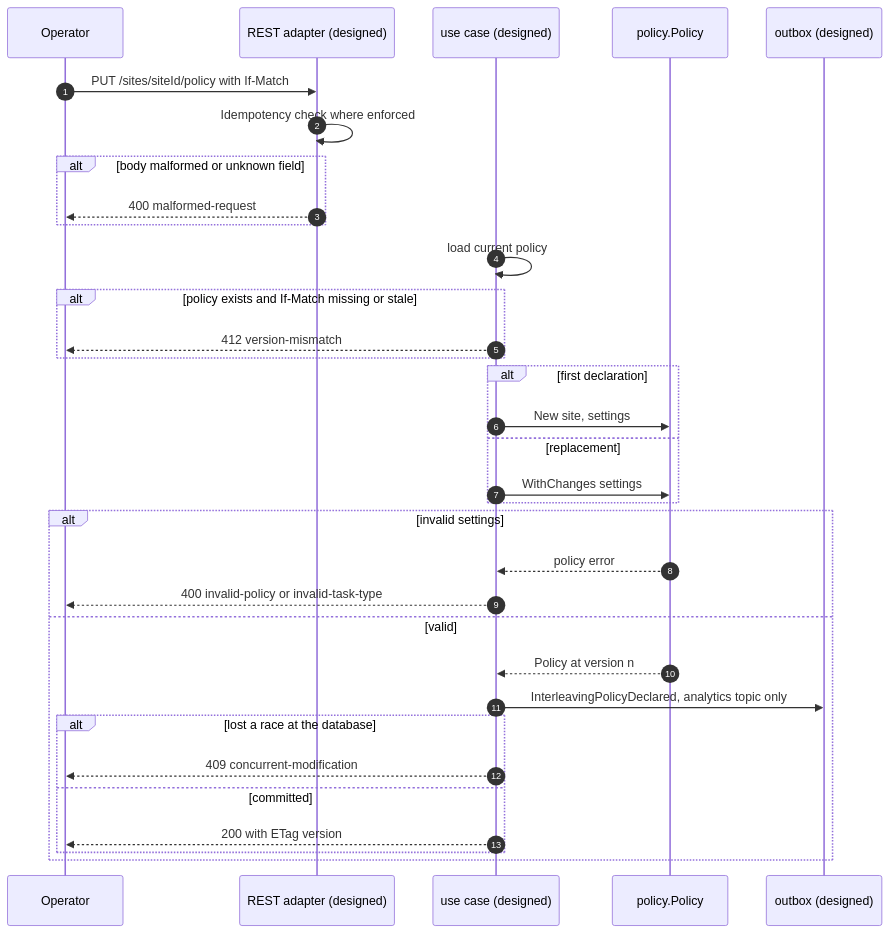
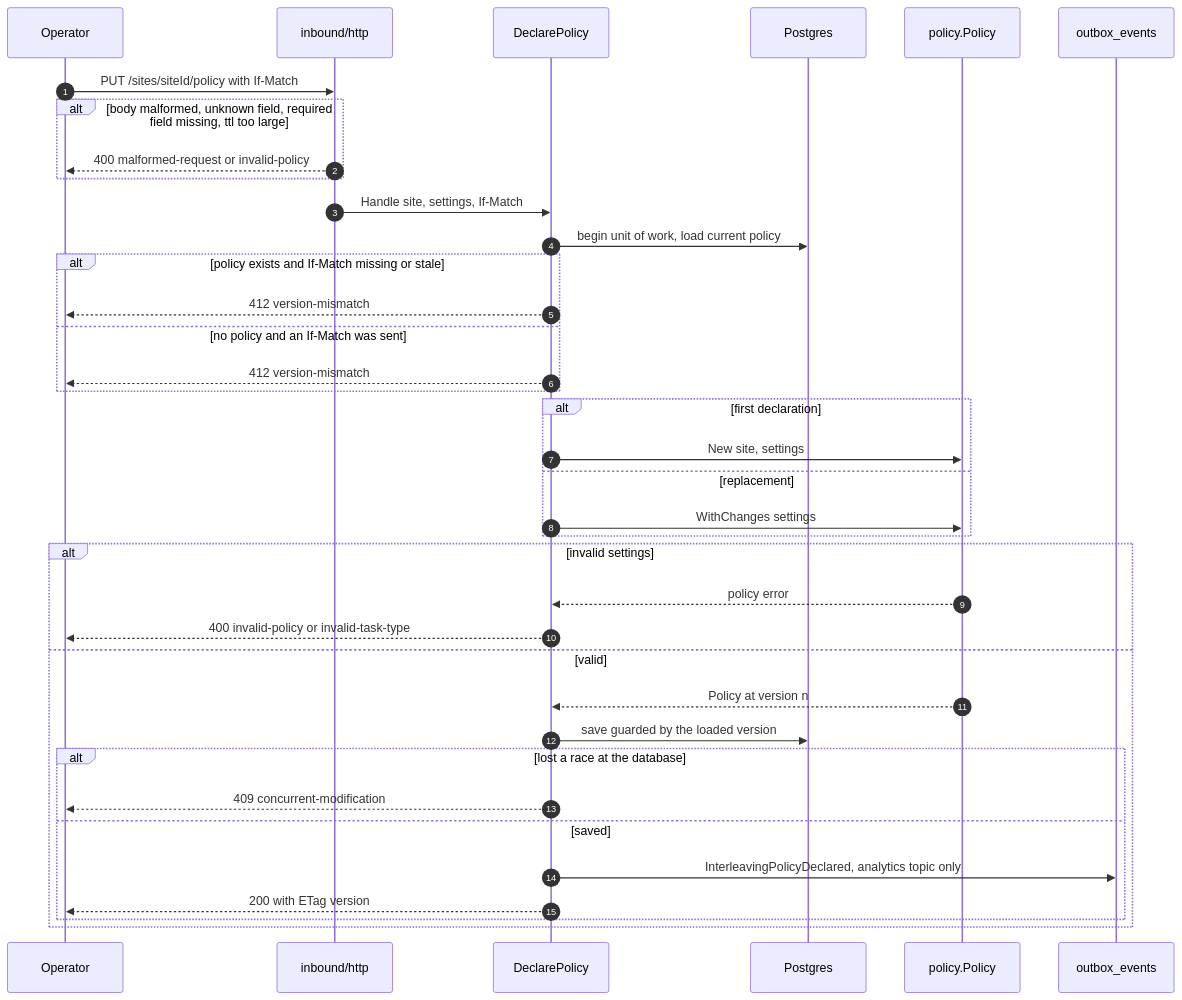
The fourth of 5 diagrams in docs/docs/ddd/sequence-diagrams.md (IQVO/task-interleaving), drawn with Mermaid before and after one commit. The commit also changed other lines of this file and 15 other files, not shown here.

````diff
--- a/docs/docs/ddd/sequence-diagrams.md
+++ b/docs/docs/ddd/sequence-diagrams.md
@@ -115,36 +165,40 @@
 ```mermaid
 sequenceDiagram
     autonumber
     participant O as Operator
-    participant H as REST adapter (designed)
-    participant UC as use case (designed)
+    participant H as inbound/http
+    participant UC as DeclarePolicy
+    participant DB as Postgres
     participant P as policy.Policy
-    participant OB as outbox (designed)
+    participant OB as outbox_events
 
     O->>H: PUT /sites/siteId/policy with If-Match
-    H->>H: Idempotency check where enforced
-    alt body malformed or unknown field
-        H-->>O: 400 malformed-request
+    alt body malformed, unknown field, required field missing, ttl too large
+        H-->>O: 400 malformed-request or invalid-policy
     end
-    UC->>UC: load current policy
+    H->>UC: Handle site, settings, If-Match
+    UC->>DB: begin unit of work, load current policy
     alt policy exists and If-Match missing or stale
+        UC-->>O: 412 version-mismatch
+    else no policy and an If-Match was sent
         UC-->>O: 412 version-mismatch
     end
     alt first declaration
         UC->>P: New site, settings
     else replacement
         UC->>P: WithChanges settings
     end
     alt invalid settings
         P-->>UC: policy error
         UC-->>O: 400 invalid-policy or invalid-task-type
     else valid
         P-->>UC: Policy at version n
-        UC->>OB: InterleavingPolicyDeclared, analytics topic only
+        UC->>DB: save guarded by the loaded version
         alt lost a race at the database
             UC-->>O: 409 concurrent-modification
-        else committed
+        else saved
+            UC->>OB: InterleavingPolicyDeclared, analytics topic only
             UC-->>O: 200 with ETag version
         end
     end
 ```
````
